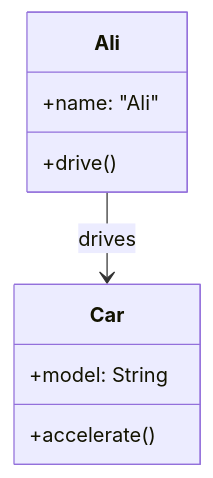
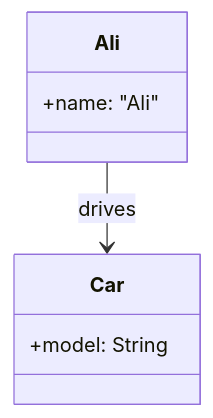
The first of 10 diagrams in 07_AssociationAggregationAndComposition.md (Muhammad-Hussain456/OOP), drawn with Mermaid before and after one commit. The commit also changed other lines of this file, not shown here.

````diff
--- a/07_AssociationAggregationAndComposition.md
+++ b/07_AssociationAggregationAndComposition.md
@@ -31,13 +71,11 @@
 ```mermaid
 classDiagram
     Ali --> Car : drives
     
     class Ali {
         +name: "Ali"
-        +drive()
     }
     class Car {
         +model: String
-        +accelerate()
     }
 ```
````
